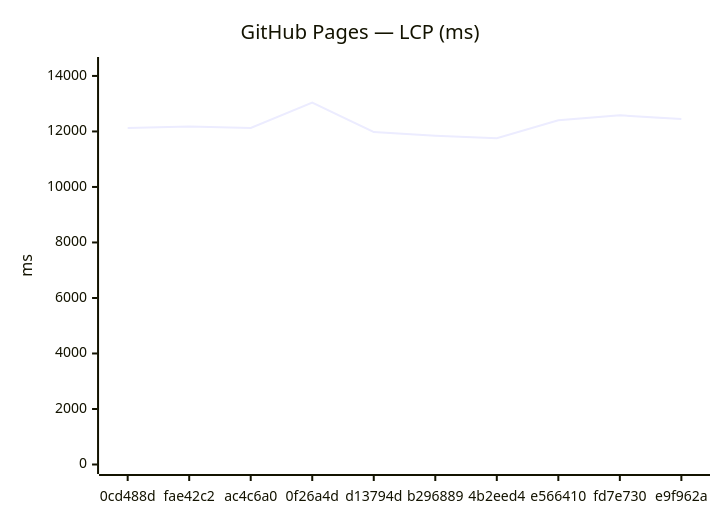
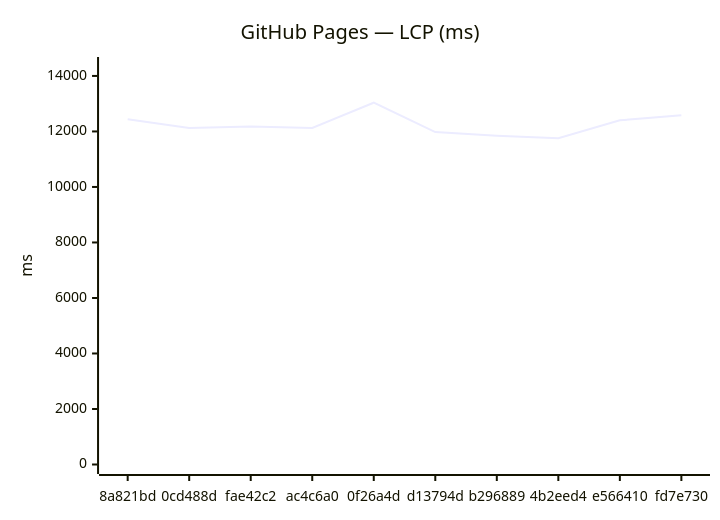
One commit to Metaheurist/Rianell changed the third of 18 diagrams in benchmarks/compare.md. Above: the diagram before and after it, drawn with Mermaid. The commit also changed other lines of this file and 11 other files, not shown here.

````diff
--- a/benchmarks/compare.md
+++ b/benchmarks/compare.md
@@ -54,7 +54,7 @@
 ```mermaid
 xychart-beta
     title "GitHub Pages — LCP (ms)"
-    x-axis ["0cd488d", "fae42c2", "ac4c6a0", "0f26a4d", "d13794d", "b296889", "4b2eed4", "e566410", "fd7e730", "e9f962a"]
+    x-axis ["8a821bd", "0cd488d", "fae42c2", "ac4c6a0", "0f26a4d", "d13794d", "b296889", "4b2eed4", "e566410", "fd7e730"]
     y-axis "ms" 0 --> 14340
-    line [12126, 12180, 12127, 13036, 11979, 11847, 11759, 12402, 12580, 12444]
+    line [12438, 12126, 12180, 12127, 13036, 11979, 11847, 11759, 12402, 12580]
 ```
````
